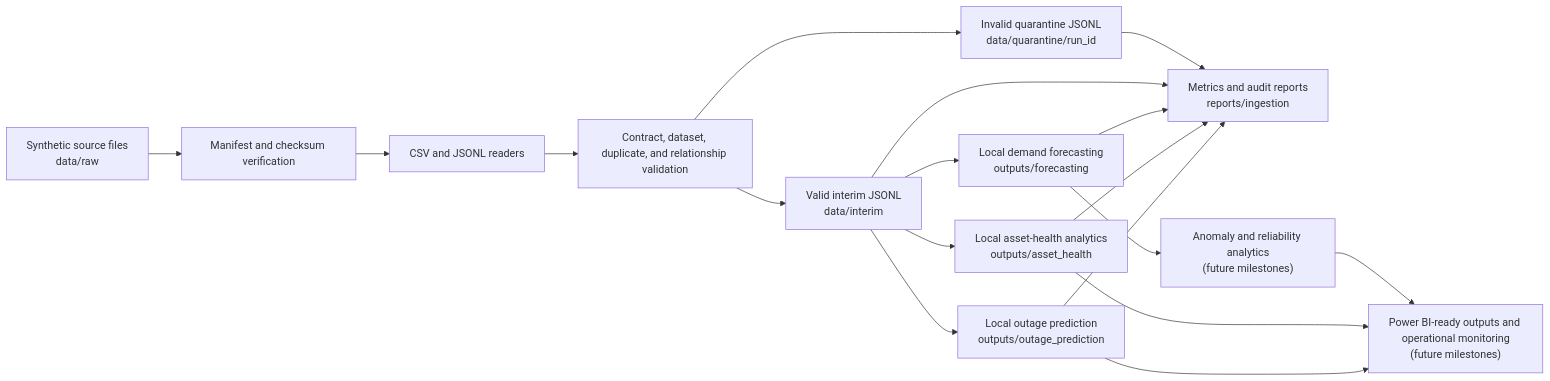
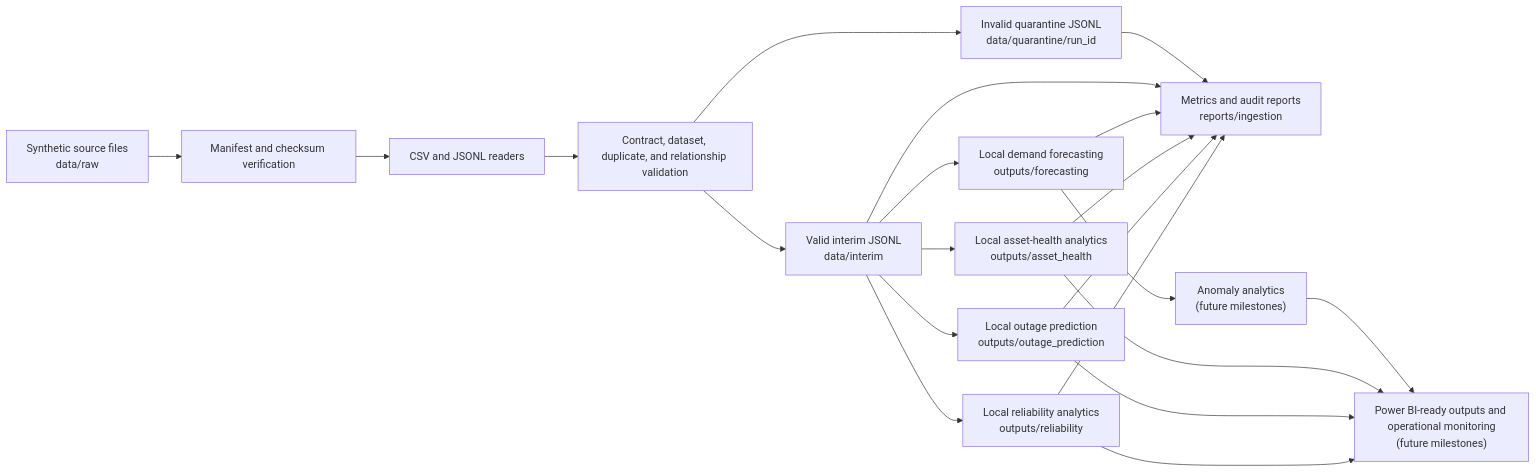
Before and after one commit to Ibraheemolasupogit/azure-grid-reliability-intelligence-platform: the diagram in docs/architecture/data-flow.md, drawn with Mermaid. The commit also changed other lines of this file and 35 other files, not shown here.

Commit message:
Add grid reliability KPI analytics

````diff
--- a/docs/architecture/data-flow.md
+++ b/docs/architecture/data-flow.md
@@ -5,25 +5,28 @@
 ```mermaid
 flowchart LR
     inputs["Synthetic source files<br/>data/raw"]
     manifest["Manifest and checksum verification"]
     ingestion["CSV and JSONL readers"]
     validation["Contract, dataset, duplicate, and relationship validation"]
     interim["Valid interim JSONL<br/>data/interim"]
     quarantine["Invalid quarantine JSONL<br/>data/quarantine/run_id"]
     reports["Metrics and audit reports<br/>reports/ingestion"]
     forecasting["Local demand forecasting<br/>outputs/forecasting"]
     assethealth["Local asset-health analytics<br/>outputs/asset_health"]
     outage["Local outage prediction<br/>outputs/outage_prediction"]
-    analytics["Anomaly and reliability analytics<br/>(future milestones)"]
+    reliability["Local reliability analytics<br/>outputs/reliability"]
+    analytics["Anomaly analytics<br/>(future milestones)"]
     reporting["Power BI-ready outputs and operational monitoring<br/>(future milestones)"]
 
     inputs --> manifest --> ingestion --> validation
     validation --> interim --> forecasting --> analytics --> reporting
     interim --> assethealth --> reporting
     interim --> outage --> reporting
+    interim --> reliability --> reporting
     validation --> quarantine --> reports
     interim --> reports
     forecasting --> reports
     assethealth --> reports
     outage --> reports
+    reliability --> reports
 ```
````
